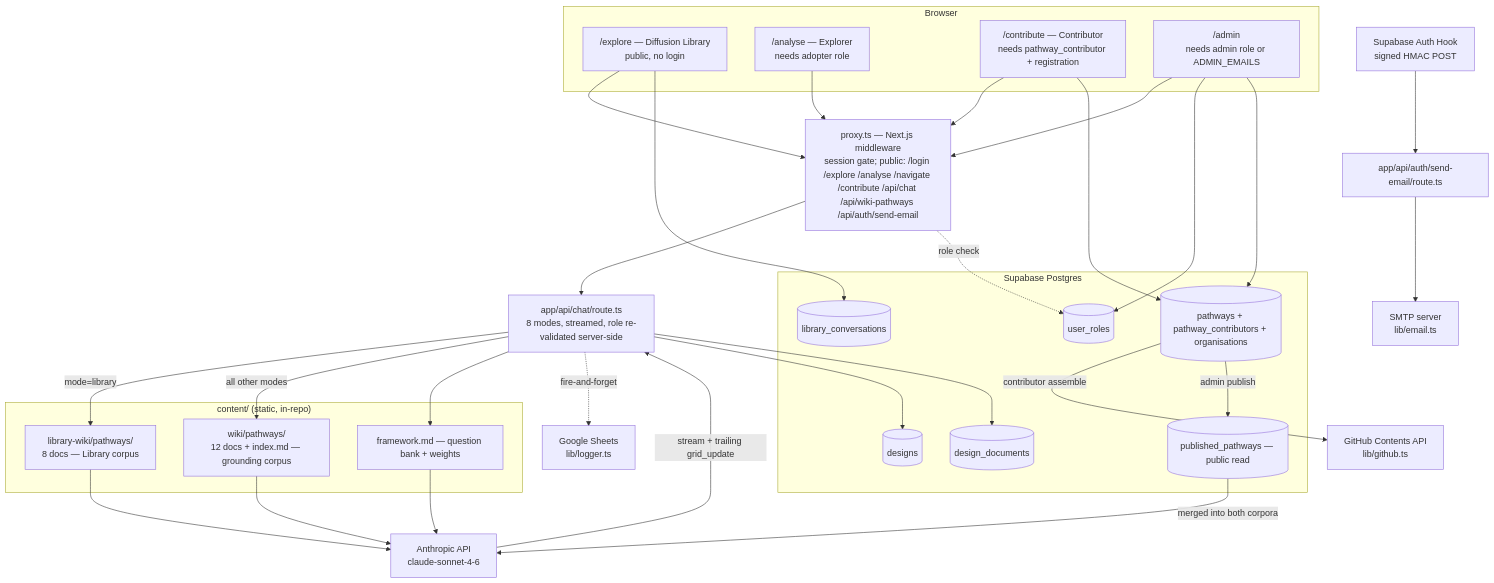
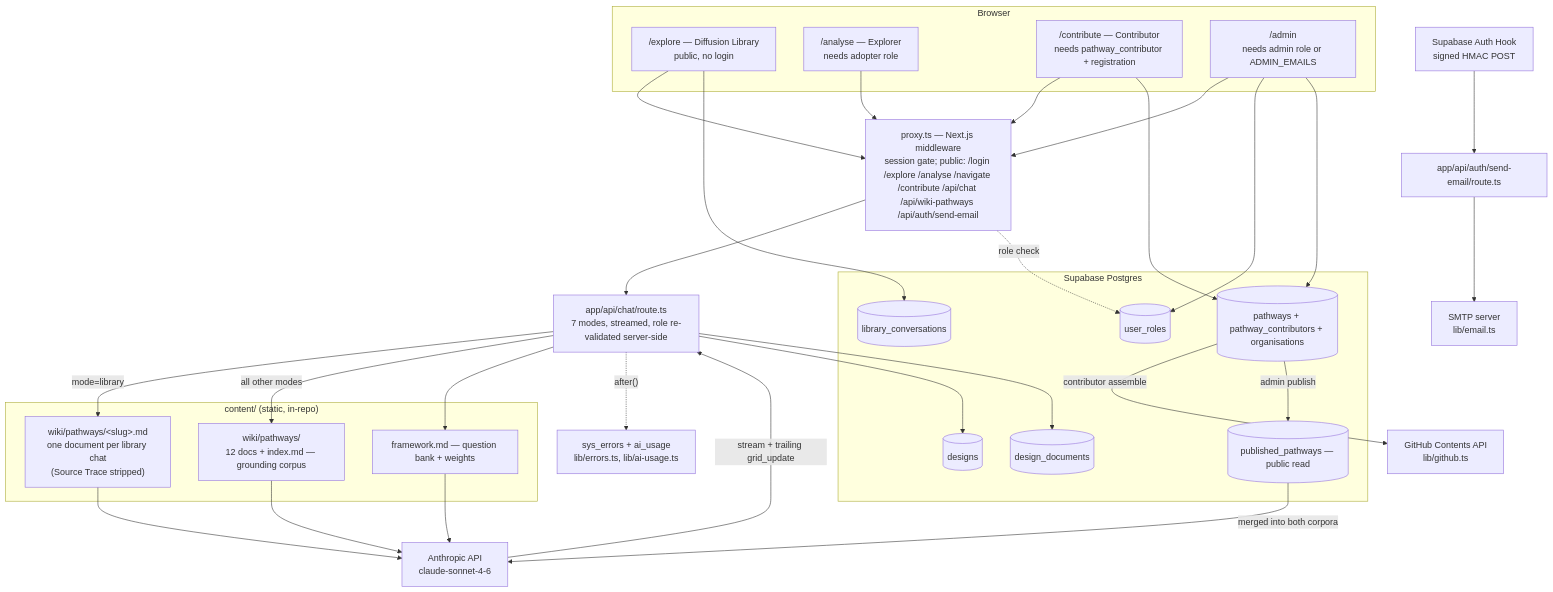
Before and after one commit to SwanandAI/diffusion-cube: the first of 3 diagrams in docs/wiki/diffusion-cube/architecture/component-diagram.md, drawn with Mermaid. The commit also changed other lines of this file and 108 other files, not shown here.

````diff
--- a/docs/wiki/diffusion-cube/architecture/component-diagram.md
+++ b/docs/wiki/diffusion-cube/architecture/component-diagram.md
@@ -5,62 +5,62 @@
 ```mermaid
 flowchart TB
     subgraph Client["Browser"]
         EX["/explore — Diffusion Library<br/>public, no login"]
         AN["/analyse — Explorer<br/>needs adopter role"]
         CO["/contribute — Contributor<br/>needs pathway_contributor + registration"]
         ADM["/admin<br/>needs admin role or ADMIN_EMAILS"]
     end
 
     PROXY["proxy.ts — Next.js middleware<br/>session gate; public: /login /explore /analyse /navigate /contribute /api/chat /api/wiki-pathways /api/auth/send-email"]
-    CHAT["app/api/chat/route.ts<br/>8 modes, streamed, role re-validated server-side"]
+    CHAT["app/api/chat/route.ts<br/>7 modes, streamed, role re-validated server-side"]
     CLAUDE["Anthropic API<br/>claude-sonnet-4-6"]
     GH["GitHub Contents API<br/>lib/github.ts"]
 
     subgraph Corpus["content/ (static, in-repo)"]
-        LIBF["library-wiki/pathways/<br/>8 docs — Library corpus"]
+        LIBF["wiki/pathways/&lt;slug&gt;.md<br/>one document per library chat<br/>(Source Trace stripped)"]
         WIKIF["wiki/pathways/<br/>12 docs + index.md — grounding corpus"]
         FW["framework.md — question bank + weights"]
     end
 
     subgraph DB["Supabase Postgres"]
         ROLES[("user_roles")]
         DESIGNS[("designs")]
         DOCS[("design_documents")]
         PATHW[("pathways + pathway_contributors + organisations")]
         PUB[("published_pathways — public read")]
         LIBCONV[("library_conversations")]
     end
 
     SMTP["SMTP server<br/>lib/email.ts"]
-    SHEETS["Google Sheets<br/>lib/logger.ts"]
+    MON["sys_errors + ai_usage<br/>lib/errors.ts, lib/ai-usage.ts"]
 
     EX --> PROXY
     AN --> PROXY
     CO --> PROXY
     ADM --> PROXY
     PROXY --> CHAT
     PROXY -.role check.-> ROLES
 
     CHAT -- "mode=library" --> LIBF
     CHAT -- "all other modes" --> WIKIF
     CHAT --> FW
     LIBF --> CLAUDE
     WIKIF --> CLAUDE
     FW --> CLAUDE
     PUB -- "merged into both corpora" --> CLAUDE
 
     CLAUDE -- "stream + trailing grid_update" --> CHAT
     CHAT --> DESIGNS
     CHAT --> DOCS
-    CHAT -.fire-and-forget.-> SHEETS
+    CHAT -.after().-> MON
     EX --> LIBCONV
     CO --> PATHW
     PATHW -- "contributor assemble" --> GH
     PATHW -- "admin publish" --> PUB
 
     ADM --> ROLES
     ADM --> PATHW
 
     AuthHook["Supabase Auth Hook<br/>signed HMAC POST"] --> SendEmail["app/api/auth/send-email/route.ts"]
     SendEmail --> SMTP
 ```
````
